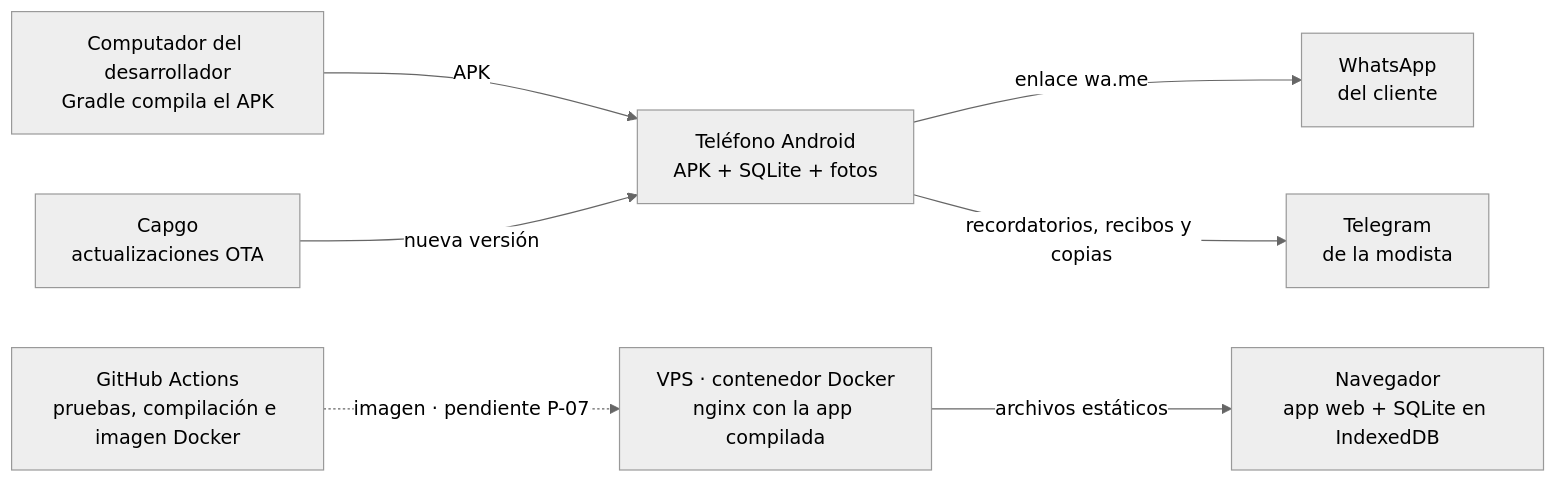
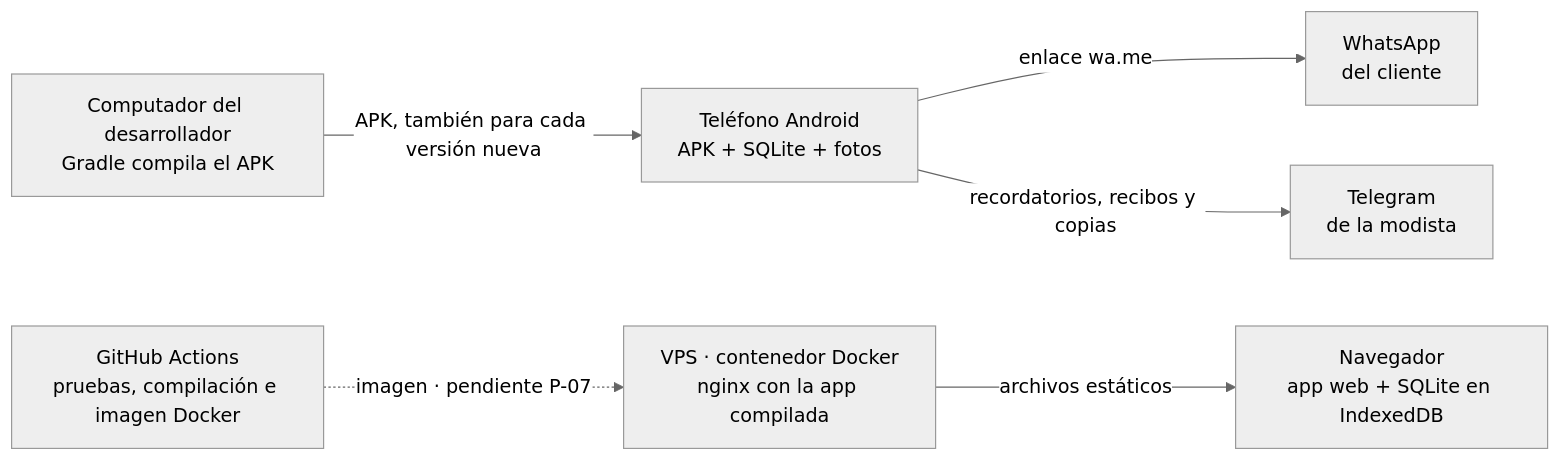
Before and after one commit to Aryannext/Costura-app: the third of 3 diagrams in docs/02-diseno/ARQUITECTURA.md, drawn with Mermaid. The commit also changed other lines of this file and 24 other files, not shown here.

First line of the commit message:
Se quitan las actualizaciones remotas de pago: la app se actualiza con un APK

````diff
--- a/docs/02-diseno/ARQUITECTURA.md
+++ b/docs/02-diseno/ARQUITECTURA.md
@@ -205,19 +203,17 @@
 ```mermaid
 %%{init: {'theme': 'neutral'}}%%
 flowchart LR
     DEV["Computador del desarrollador<br/>Gradle compila el APK"]
     GH["GitHub Actions<br/>pruebas, compilación e imagen Docker"]
     VPS["VPS · contenedor Docker<br/>nginx con la app compilada"]
     NAV["Navegador<br/>app web + SQLite en IndexedDB"]
-    CAPGO["Capgo<br/>actualizaciones OTA"]
     TEL["Teléfono Android<br/>APK + SQLite + fotos"]
     WA["WhatsApp<br/>del cliente"]
     TG["Telegram<br/>de la modista"]
 
-    DEV -->|APK| TEL
+    DEV -->|"APK, también para cada versión nueva"| TEL
     GH -.->|"imagen · pendiente P-07"| VPS
     VPS -->|archivos estáticos| NAV
-    CAPGO -->|nueva versión| TEL
     TEL -->|enlace wa.me| WA
     TEL -->|recordatorios, recibos y copias| TG
 ```
````
